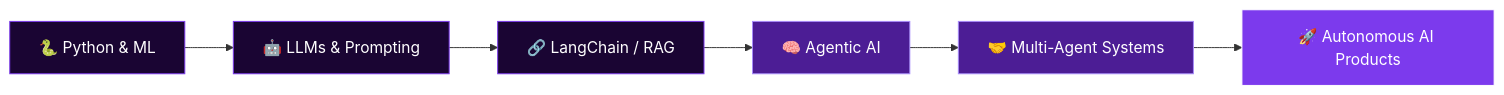
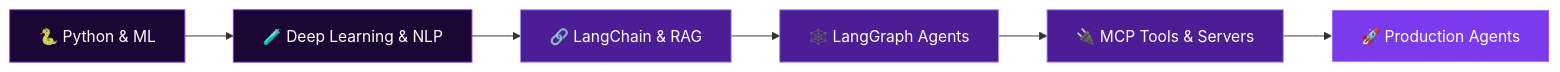
Before and after one commit to YashPratapRai/YashPratapRai: the second of 2 diagrams in README.md, drawn with Mermaid. The commit also changed other lines of this file, not shown here.

````diff
--- a/README.md
+++ b/README.md
@@ -215,15 +222,15 @@
 ```mermaid
 graph LR
-    A[🐍 Python & ML] --> B[🤖 LLMs & Prompting]
-    B --> C[🔗 LangChain / RAG]
-    C --> D[🧠 Agentic AI]
-    D --> E[🤝 Multi-Agent Systems]
-    E --> F[🚀 Autonomous AI Products]
+    A[🐍 Python & ML] --> B[🧪 Deep Learning & NLP]
+    B --> C[🔗 LangChain & RAG]
+    C --> D[🕸️ LangGraph Agents]
+    D --> E[🔌 MCP Tools & Servers]
+    E --> F[🚀 Production Agents]
 
     style A fill:#1a0533,stroke:#7C3AED,color:#fff
     style B fill:#1a0533,stroke:#7C3AED,color:#fff
-    style C fill:#1a0533,stroke:#7C3AED,color:#fff
+    style C fill:#4c1d95,stroke:#A78BFA,color:#fff
     style D fill:#4c1d95,stroke:#A78BFA,color:#fff
     style E fill:#4c1d95,stroke:#A78BFA,color:#fff
     style F fill:#7C3AED,stroke:#fff,color:#fff
 ```
````
